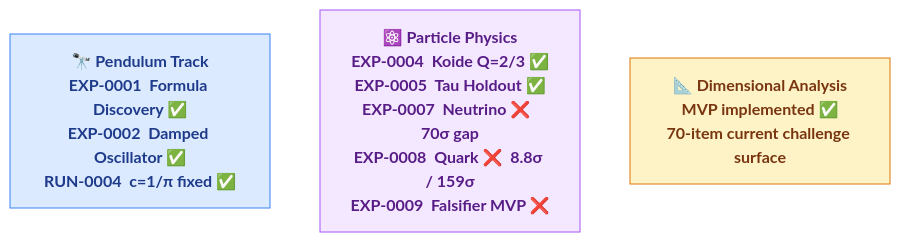
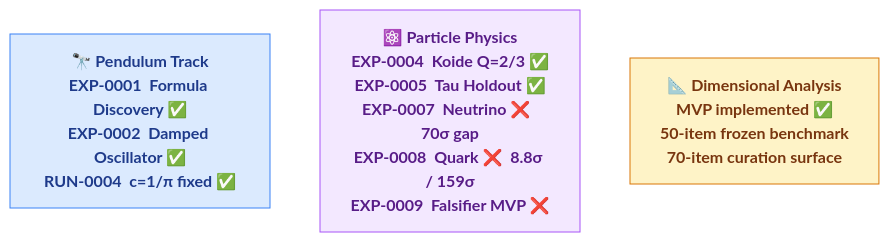
The second of 3 diagrams in README.md (open-agent-science/autonomous-physics-lab), drawn with Mermaid before and after one commit. The commit also changed 12 other files, not shown here.

````diff
--- a/README.md
+++ b/README.md
@@ -134,12 +134,12 @@
 ```mermaid
 flowchart LR
     classDef pend fill:#dbeafe,stroke:#3b82f6,color:#1e3a8a,font-weight:bold
     classDef part fill:#f3e8ff,stroke:#a855f7,color:#581c87,font-weight:bold
     classDef da   fill:#fef3c7,stroke:#d97706,color:#78350f,font-weight:bold
 
     P["🔭 Pendulum Track\nEXP-0001  Formula Discovery ✅\nEXP-0002  Damped Oscillator ✅\nRUN-0004  c=1/π fixed ✅"]:::pend
     K["⚛️ Particle Physics\nEXP-0004  Koide Q=2/3 ✅\nEXP-0005  Tau Holdout ✅\nEXP-0007  Neutrino ❌  70σ gap\nEXP-0008  Quark ❌  8.8σ / 159σ\nEXP-0009  Falsifier MVP ❌"]:::part
-    D["📐 Dimensional Analysis\nMVP implemented ✅\n70-item current challenge surface"]:::da
+    D["📐 Dimensional Analysis\nMVP implemented ✅\n50-item frozen benchmark\n70-item curation surface"]:::da
 
     P ~~~ K ~~~ D
 ```
````
